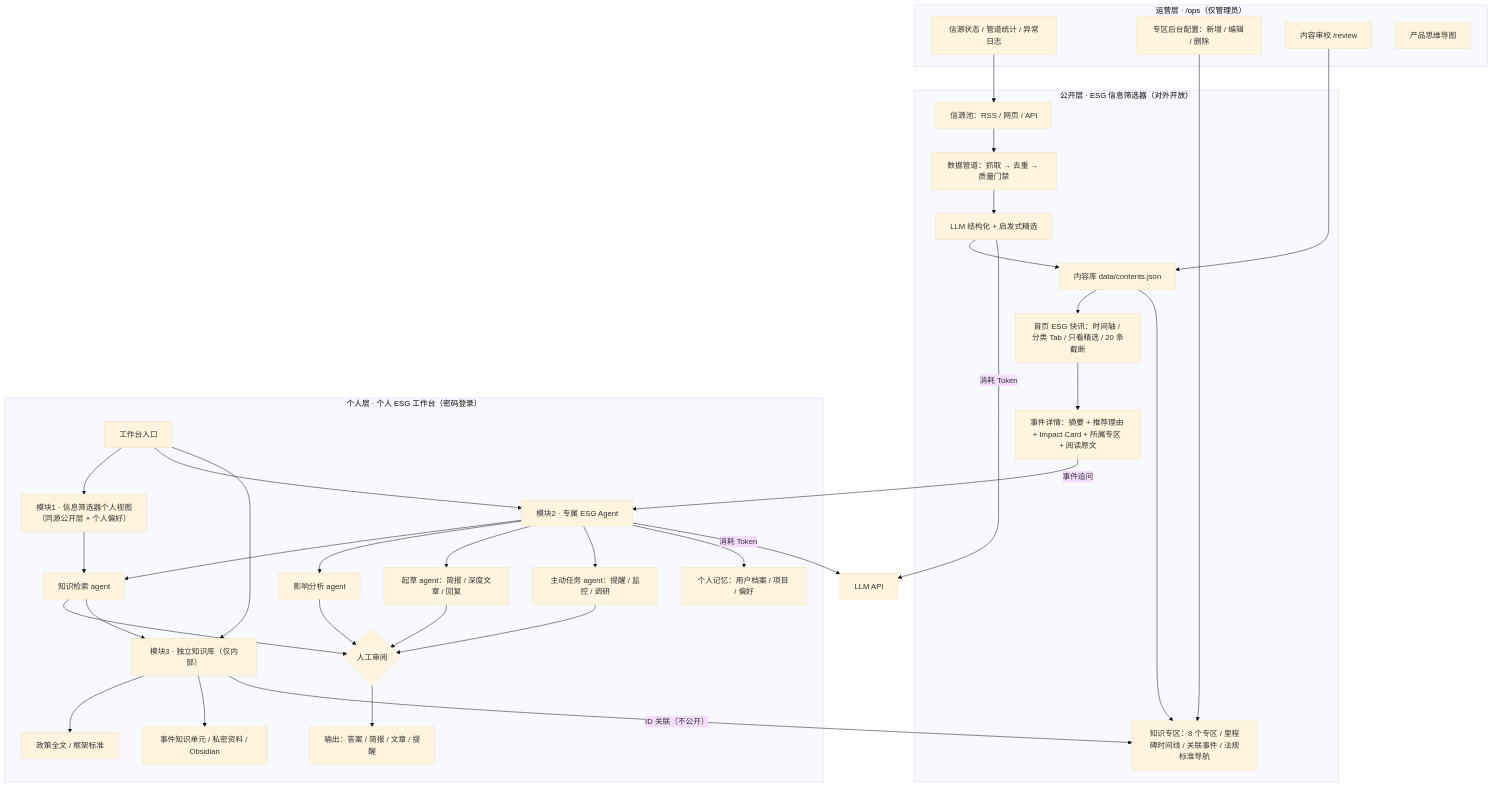
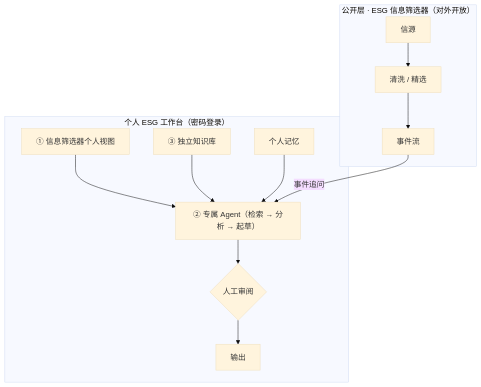
One commit to johnnydaimj-lang/ESG-Compass-AI changed the diagram in 产品说明.md. Above: the diagram before and after it, drawn with Mermaid (base theme).

Commit message:
docs: simplify system architecture graph to clean graph engineering style

````diff
--- a/产品说明.md
+++ b/产品说明.md
@@ -23,46 +23,23 @@
 ```mermaid
 graph TD
-  subgraph public["公开层 · ESG 信息筛选器（对外开放）"]
-    SRC["信源池：RSS / 网页 / API"] --> PIPE["数据管道：抓取 → 去重 → 质量门禁"]
-    PIPE --> LLM1["LLM 结构化 + 启发式精选"]
-    LLM1 --> STORE["内容库 data/contents.json"]
-    STORE --> HOME["首页 ESG 快讯：时间轴 / 分类 Tab / 只看精选 / 20 条截断"]
-    HOME --> EVENT["事件详情：摘要 + 推荐理由 + Impact Card + 所属专区 + 阅读原文"]
-    STORE --> ZONES["知识专区：8 个专区 / 里程碑时间线 / 关联事件 / 法规标准导航"]
+  subgraph F["公开层 · ESG 信息筛选器（对外开放）"]
+    A["信源"] --> B["清洗 / 精选"]
+    B --> C["事件流"]
   end
 
-  subgraph wb["个人层 · 个人 ESG 工作台（密码登录）"]
-    ENTRY["工作台入口"] --> M1["模块1 · 信息筛选器个人视图（同源公开层 + 个人偏好）"]
-    ENTRY --> AGENT["模块2 · 专属 ESG Agent"]
-    AGENT --> RAG["知识检索 agent"]
-    AGENT --> IMPACT["影响分析 agent"]
-    AGENT --> WRITE["起草 agent：简报 / 深度文章 / 回复"]
-    AGENT --> TASK["主动任务 agent：提醒 / 监控 / 调研"]
-    AGENT --> MEM["个人记忆：用户档案 / 项目 / 偏好"]
-    RAG --> GATE{"人工审阅"}
-    IMPACT --> GATE
-    WRITE --> GATE
-    TASK --> GATE
-    GATE --> OUT["输出：答案 / 简报 / 文章 / 提醒"]
-    ENTRY --> M3["模块3 · 独立知识库（仅内部）"]
-    M3 --> KB1["政策全文 / 框架标准"]
-    M3 --> KB2["事件知识单元 / 私密资料 / Obsidian"]
+  subgraph W["个人 ESG 工作台（密码登录）"]
+    M1["① 信息筛选器个人视图"]
+    M2["② 专属 Agent（检索 → 分析 → 起草）"]
+    M3["③ 独立知识库"]
+    M4["个人记忆"]
+    G{"人工审阅"}
+    O["输出"]
+    M1 --> M2
+    M3 --> M2
+    M4 --> M2
+    M2 --> G
+    G --> O
   end
 
-  subgraph ops["运营层 · /ops（仅管理员）"]
-    OPS1["信源状态 / 管道统计 / 异常日志"]
-    OPS2["专区后台配置：新增 / 编辑 / 删除"]
-    OPS3["内容审校 /review"]
-    OPS4["产品思维导图"]
-  end
-
-  EVENT -->|"事件追问"| AGENT
-  RAG --> M3
-  M1 --> RAG
-  M3 -->|"ID 关联（不公开）"| ZONES
-  OPS1 --> SRC
-  OPS2 --> ZONES
-  OPS3 --> STORE
-  LLM1 -->|"消耗 Token"| LLMAPI["LLM API"]
-  AGENT -->|"消耗 Token"| LLMAPI
+  C -->|"事件追问"| M2
 ```
````
